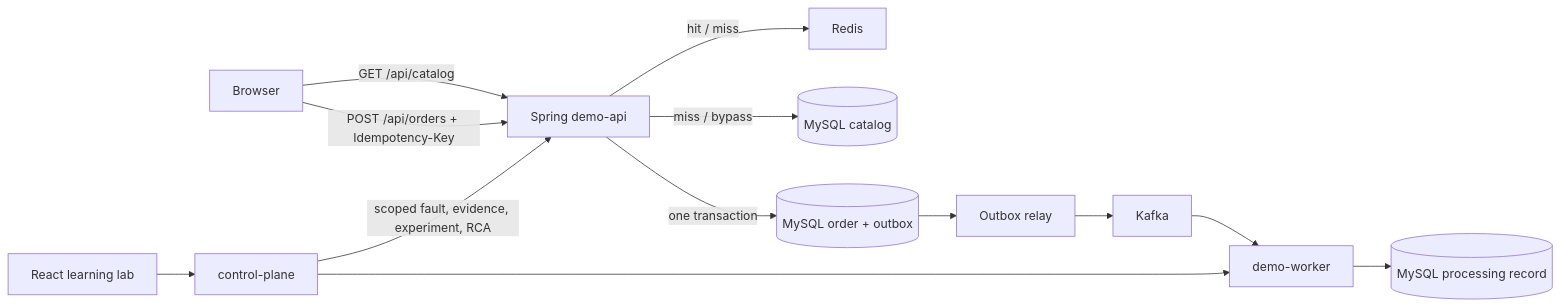
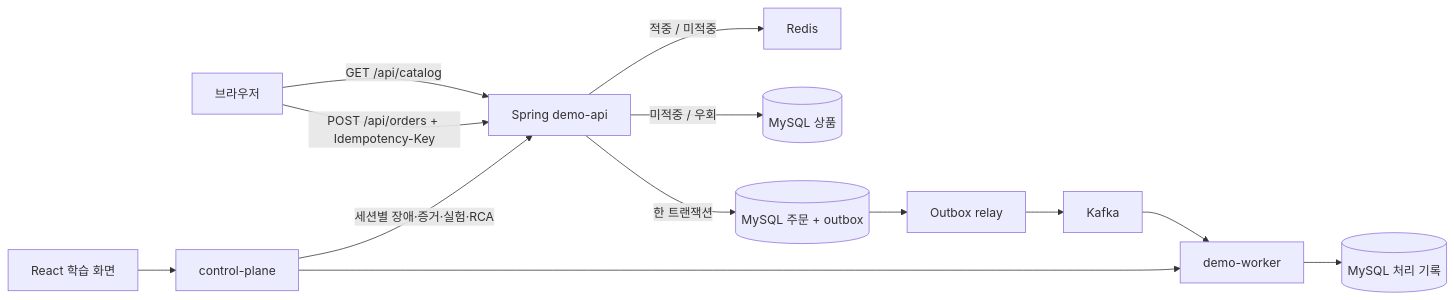
Before and after one commit to NIGHTPURI/incident-lens: the diagram in README.md, drawn with Mermaid. The commit also changed other lines of this file and 78 other files, not shown here.

````diff
--- a/README.md
+++ b/README.md
@@ -22,15 +28,15 @@
 ```mermaid
 flowchart LR
-  Browser -->|GET /api/catalog| API[Spring demo-api]
-  API -->|hit / miss| Redis
-  API -->|miss / bypass| Catalog[(MySQL catalog)]
+  Browser[브라우저] -->|GET /api/catalog| API[Spring demo-api]
+  API -->|적중 / 미적중| Redis
+  API -->|미적중 / 우회| Catalog[(MySQL 상품)]
   Browser -->|POST /api/orders + Idempotency-Key| API
-  API -->|one transaction| Orders[(MySQL order + outbox)]
+  API -->|한 트랜잭션| Orders[(MySQL 주문 + outbox)]
   Orders --> Relay[Outbox relay]
   Relay --> Kafka
   Kafka --> Worker[demo-worker]
-  Worker --> WorkerDB[(MySQL processing record)]
-  Web[React learning lab] --> Control[control-plane]
-  Control -->|scoped fault, evidence, experiment, RCA| API
+  Worker --> WorkerDB[(MySQL 처리 기록)]
+  Web[React 학습 화면] --> Control[control-plane]
+  Control -->|세션별 장애·증거·실험·RCA| API
   Control --> Worker
 ```
````
